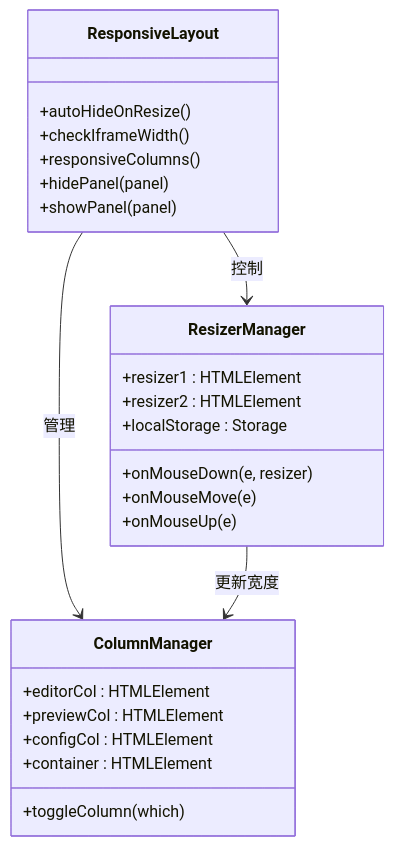
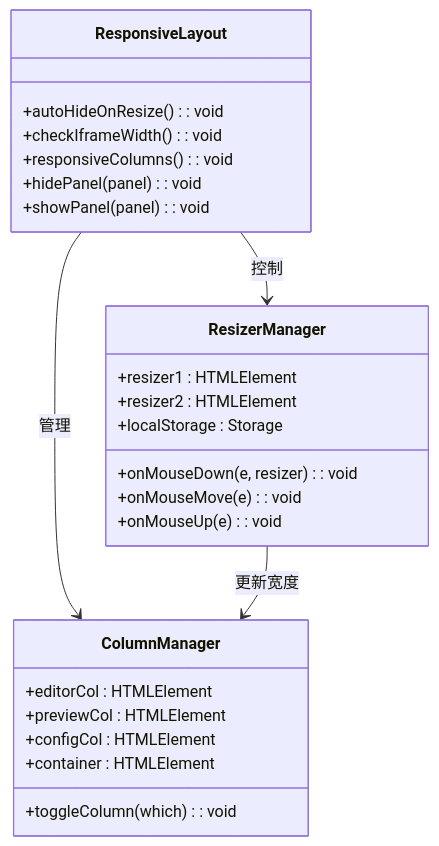
Diagram 11 of 12 in .lingma/repowiki/zh/content/用户指南/前端界面现代化.md (wanwushelie/markdown-to-word-studio), drawn with Mermaid before and after one commit. The commit also changed other lines of this file and 21 other files, not shown here.

````diff
--- a/.lingma/repowiki/zh/content/用户指南/前端界面现代化.md
+++ b/.lingma/repowiki/zh/content/用户指南/前端界面现代化.md
@@ -932,28 +663,28 @@
 ```mermaid
 classDiagram
 class ResponsiveLayout {
-+autoHideOnResize()
-+checkIframeWidth()
-+responsiveColumns()
-+hidePanel(panel)
-+showPanel(panel)
++autoHideOnResize() : void
++checkIframeWidth() : void
++responsiveColumns() : void
++hidePanel(panel) : void
++showPanel(panel) : void
 }
 class ColumnManager {
 +editorCol : HTMLElement
 +previewCol : HTMLElement
 +configCol : HTMLElement
 +container : HTMLElement
-+toggleColumn(which)
++toggleColumn(which) : void
 }
 class ResizerManager {
 +resizer1 : HTMLElement
 +resizer2 : HTMLElement
 +localStorage : Storage
-+onMouseDown(e, resizer)
-+onMouseMove(e)
-+onMouseUp(e)
++onMouseDown(e, resizer) : void
++onMouseMove(e) : void
++onMouseUp(e) : void
 }
 ResponsiveLayout --> ColumnManager : 管理
 ResponsiveLayout --> ResizerManager : 控制
 ResizerManager --> ColumnManager : 更新宽度
 ```
````
